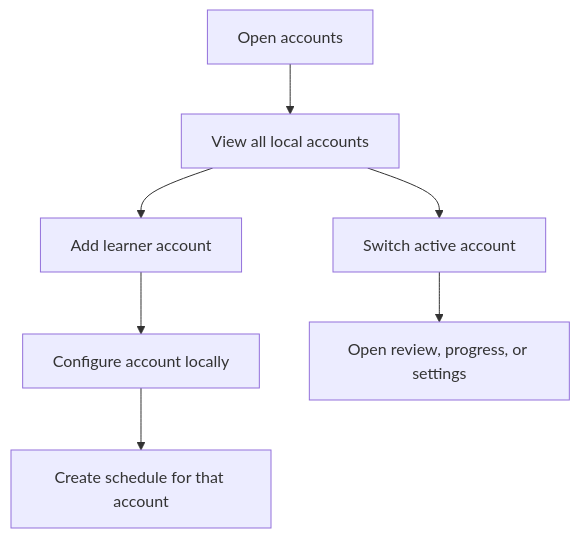
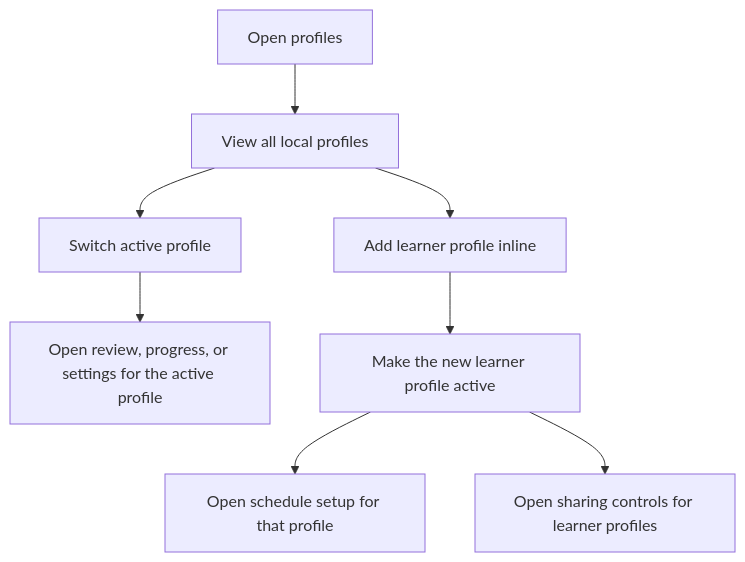
One commit to mahdihijazi/tathbeet changed the diagram in docs/user-flows/add-and-manage-accounts.md. Above: the diagram before and after it, drawn with Mermaid. The commit also changed other lines of this file and 6 other files, not shown here.

First line of the commit message:
Update flow diagrams and README

````diff
--- a/docs/user-flows/add-and-manage-accounts.md
+++ b/docs/user-flows/add-and-manage-accounts.md
@@ -3,9 +3,10 @@
 ```mermaid
 flowchart TD
-    A["Open accounts"] --> B["View all local accounts"]
-    B --> C["Add learner account"]
-    B --> D["Switch active account"]
-    C --> E["Configure account locally"]
-    E --> F["Create schedule for that account"]
-    D --> G["Open review, progress, or settings"]
+    A["Open profiles"] --> B["View all local profiles"]
+    B --> C["Switch active profile"]
+    B --> D["Add learner profile inline"]
+    C --> E["Open review, progress, or settings for the active profile"]
+    D --> F["Make the new learner profile active"]
+    F --> G["Open schedule setup for that profile"]
+    F --> H["Open sharing controls for learner profiles"]
 ```
````
